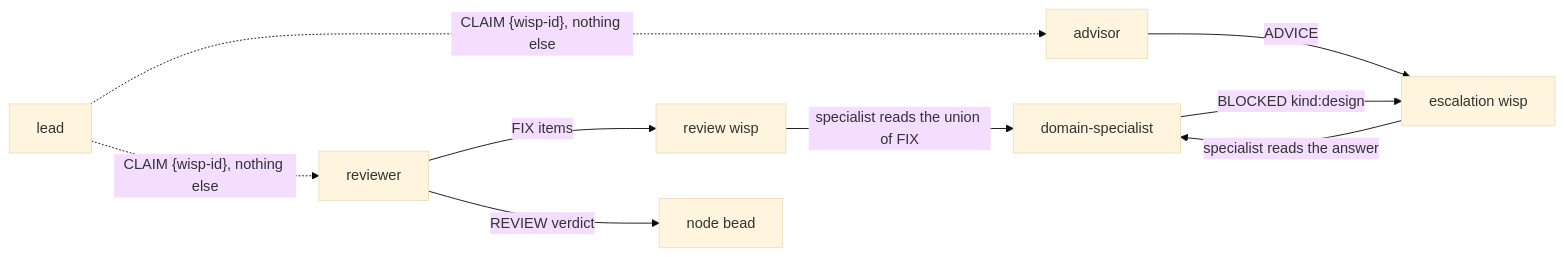
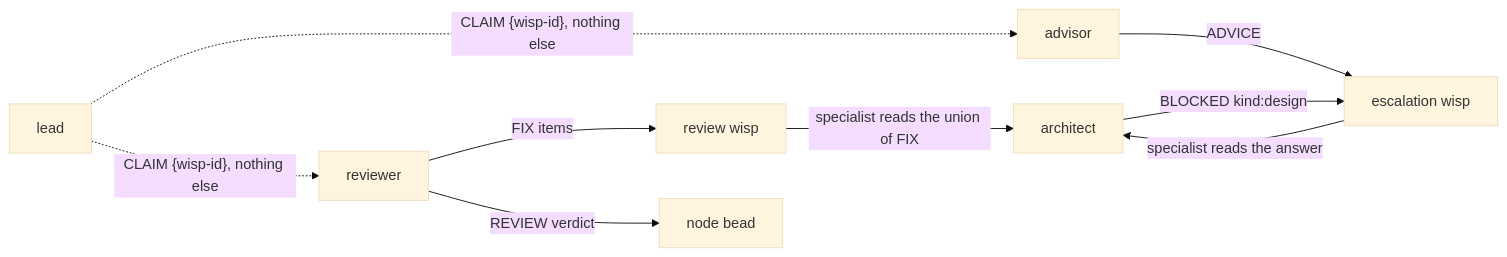
Before and after one commit to srobroek/agentic-packages: the fifth of 6 diagrams in docs/orchestrate.md, drawn with Mermaid (base theme). The commit also changed other lines of this file and 14 other files, not shown here.

````diff
--- a/docs/orchestrate.md
+++ b/docs/orchestrate.md
@@ -185,11 +185,11 @@
 ```mermaid
 graph LR
-    SP["domain-specialist"] -- "BLOCKED kind:design" --> EW["escalation wisp"]
+    SP["architect"] -- "BLOCKED kind:design" --> EW["escalation wisp"]
     AD["advisor"] -- "ADVICE" --> EW
     EW -- "specialist reads the answer" --> SP
     RV["reviewer"] -- "FIX items" --> RW["review wisp"]
     RV -- "REVIEW verdict" --> NB["node bead"]
     RW -- "specialist reads the union of FIX" --> SP
     L["lead"] -. "CLAIM {wisp-id}, nothing else" .-> AD
     L -. "CLAIM {wisp-id}, nothing else" .-> RV
 ```
````
